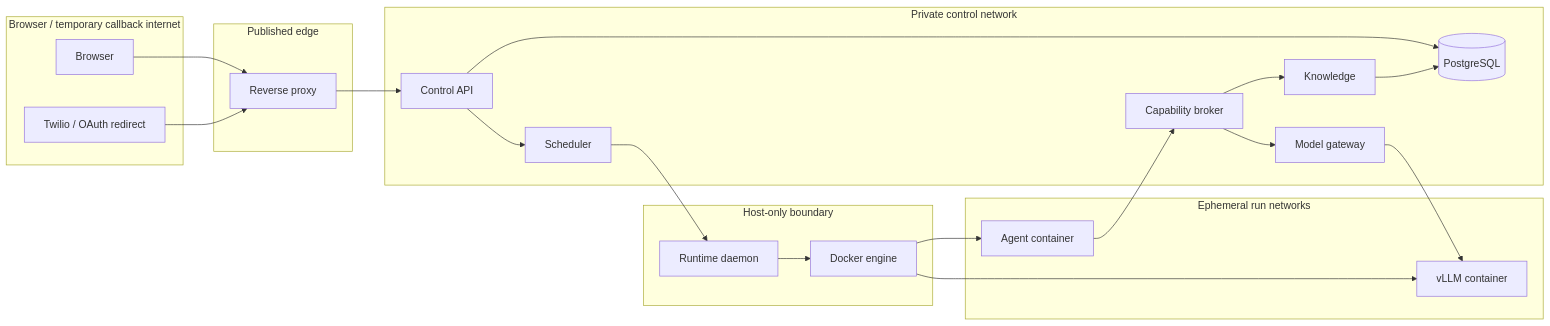
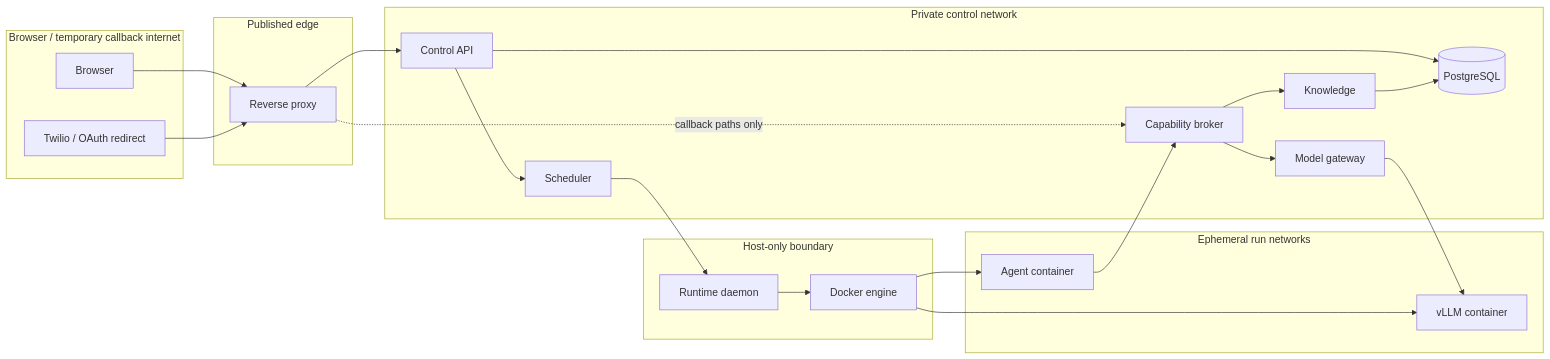
The first of 8 diagrams in PLAN.md (nikhil-ghind/crewquarters), drawn with Mermaid before and after one commit. The commit also changed other lines of this file and 1 other file, not shown here.

````diff
--- a/PLAN.md
+++ b/PLAN.md
@@ -124,40 +124,41 @@
 ```mermaid
 flowchart LR
     subgraph Public["Browser / temporary callback internet"]
       B["Browser"]
       T["Twilio / OAuth redirect"]
     end
     subgraph Edge["Published edge"]
       P["Reverse proxy"]
     end
     subgraph Control["Private control network"]
       API["Control API"]
       Q["Scheduler"]
       CB["Capability broker"]
       KG["Knowledge"]
       MG["Model gateway"]
       DB[("PostgreSQL")]
     end
     subgraph Host["Host-only boundary"]
       RD["Runtime daemon"]
       D["Docker engine"]
     end
     subgraph Runs["Ephemeral run networks"]
       A["Agent container"]
       V["vLLM container"]
     end
     B --> P
     T --> P
     P --> API
+    P -. "callback paths only" .-> CB
     API --> DB
     API --> Q
     Q --> RD
     RD --> D
     D --> A
     D --> V
     A --> CB
     CB --> KG
     CB --> MG
     KG --> DB
     MG --> V
 ```
````
